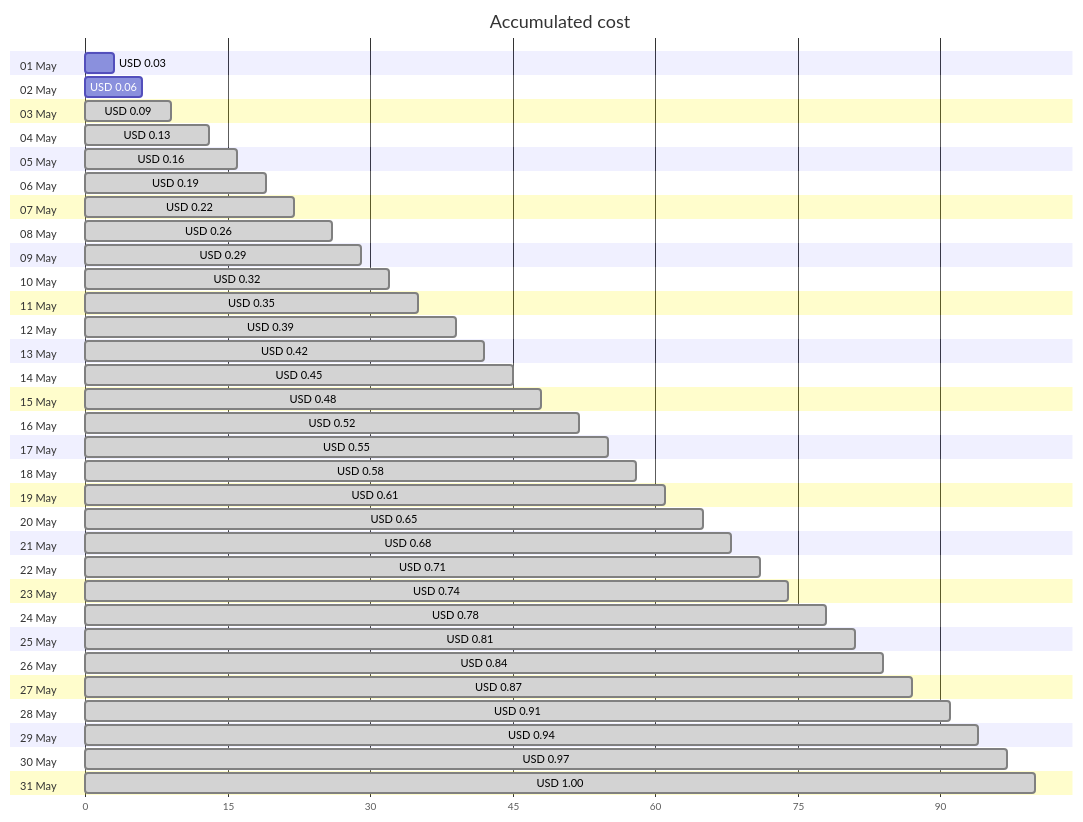
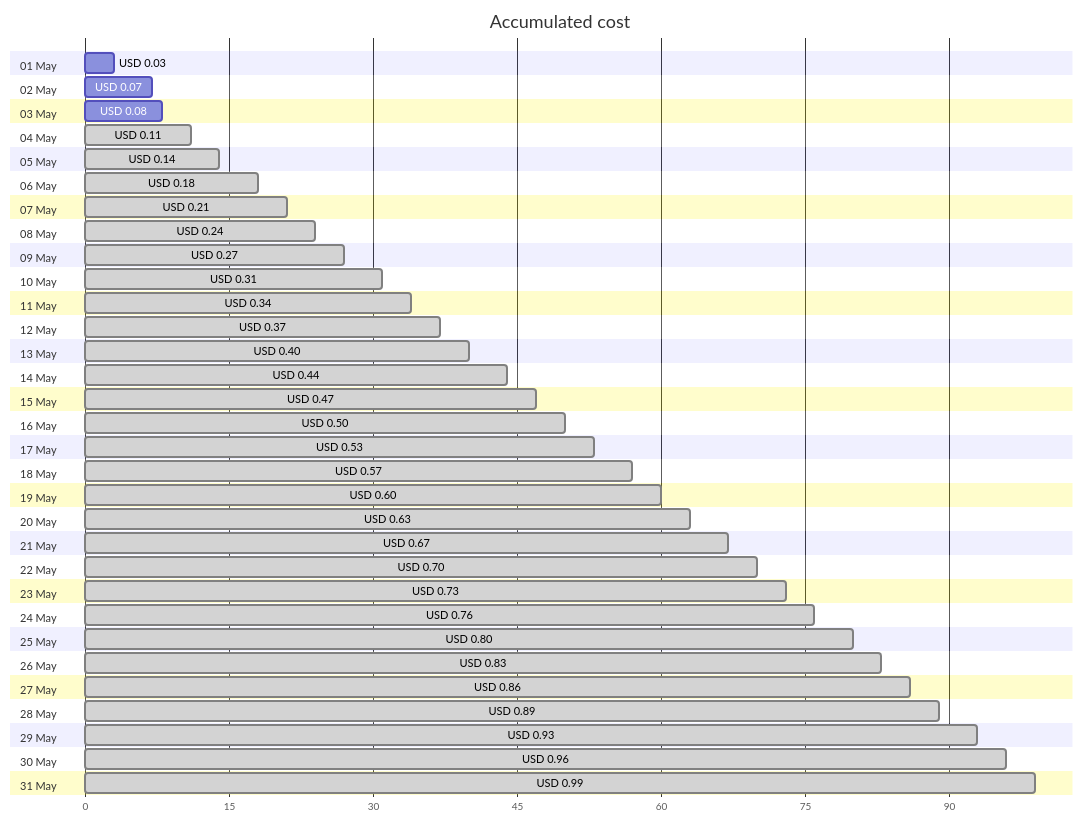
Before and after one commit to jpfulton/azure-personal-reports: the first of 4 diagrams in cost-reports/personal-dns/README.md, drawn with Mermaid. The commit also changed other lines of this file and 2 other files, not shown here.

Commit message:
Generated reports [skip ci]

````diff
--- a/cost-reports/personal-dns/README.md
+++ b/cost-reports/personal-dns/README.md
@@ -20,68 +20,68 @@
 ```mermaid
 gantt
    title Accumulated cost
    dateFormat  X
    axisFormat %s
    section 01 May
    USD 0.03 :0, 3
    section 02 May
-   USD 0.06 :0, 6
+   USD 0.07 :0, 7
    section 03 May
-   USD 0.09 : done, 0, 9
+   USD 0.08 :0, 8
    section 04 May
-   USD 0.13 : done, 0, 13
+   USD 0.11 : done, 0, 11
    section 05 May
-   USD 0.16 : done, 0, 16
+   USD 0.14 : done, 0, 14
    section 06 May
-   USD 0.19 : done, 0, 19
+   USD 0.18 : done, 0, 18
    section 07 May
-   USD 0.22 : done, 0, 22
+   USD 0.21 : done, 0, 21
    section 08 May
-   USD 0.26 : done, 0, 26
+   USD 0.24 : done, 0, 24
    section 09 May
-   USD 0.29 : done, 0, 29
+   USD 0.27 : done, 0, 27
    section 10 May
-   USD 0.32 : done, 0, 32
+   USD 0.31 : done, 0, 31
    section 11 May
-   USD 0.35 : done, 0, 35
+   USD 0.34 : done, 0, 34
    section 12 May
-   USD 0.39 : done, 0, 39
+   USD 0.37 : done, 0, 37
    section 13 May
-   USD 0.42 : done, 0, 42
+   USD 0.40 : done, 0, 40
    section 14 May
-   USD 0.45 : done, 0, 45
+   USD 0.44 : done, 0, 44
    section 15 May
-   USD 0.48 : done, 0, 48
+   USD 0.47 : done, 0, 47
    section 16 May
-   USD 0.52 : done, 0, 52
+   USD 0.50 : done, 0, 50
    section 17 May
-   USD 0.55 : done, 0, 55
+   USD 0.53 : done, 0, 53
    section 18 May
-   USD 0.58 : done, 0, 58
+   USD 0.57 : done, 0, 57
    section 19 May
-   USD 0.61 : done, 0, 61
+   USD 0.60 : done, 0, 60
    section 20 May
-   USD 0.65 : done, 0, 65
+   USD 0.63 : done, 0, 63
    section 21 May
-   USD 0.68 : done, 0, 68
+   USD 0.67 : done, 0, 67
    section 22 May
-   USD 0.71 : done, 0, 71
+   USD 0.70 : done, 0, 70
    section 23 May
-   USD 0.74 : done, 0, 74
+   USD 0.73 : done, 0, 73
    section 24 May
-   USD 0.78 : done, 0, 78
+   USD 0.76 : done, 0, 76
    section 25 May
-   USD 0.81 : done, 0, 81
+   USD 0.80 : done, 0, 80
    section 26 May
-   USD 0.84 : done, 0, 84
+   USD 0.83 : done, 0, 83
    section 27 May
-   USD 0.87 : done, 0, 87
+   USD 0.86 : done, 0, 86
    section 28 May
-   USD 0.91 : done, 0, 91
+   USD 0.89 : done, 0, 89
    section 29 May
-   USD 0.94 : done, 0, 94
+   USD 0.93 : done, 0, 93
    section 30 May
-   USD 0.97 : done, 0, 97
+   USD 0.96 : done, 0, 96
    section 31 May
-   USD 1.00 : done, 0, 100
+   USD 0.99 : done, 0, 99
 ```
````
